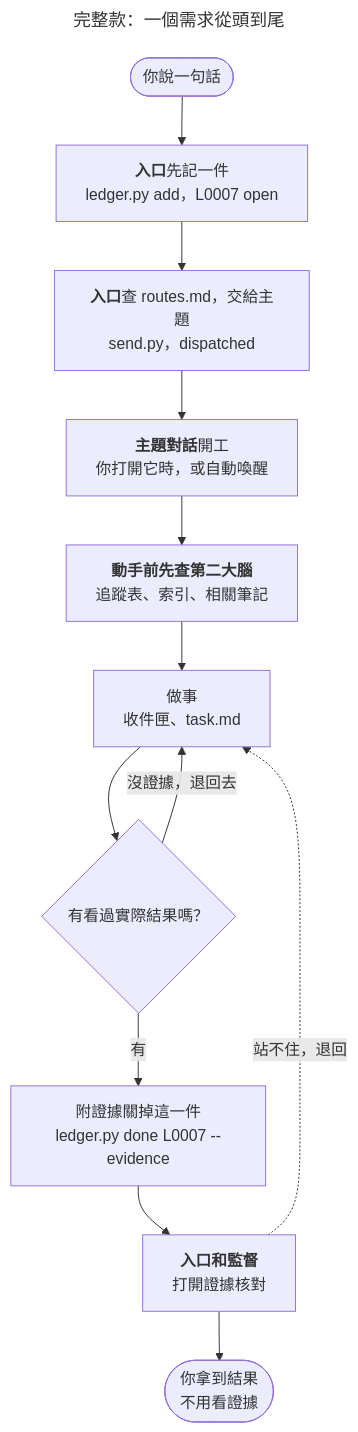
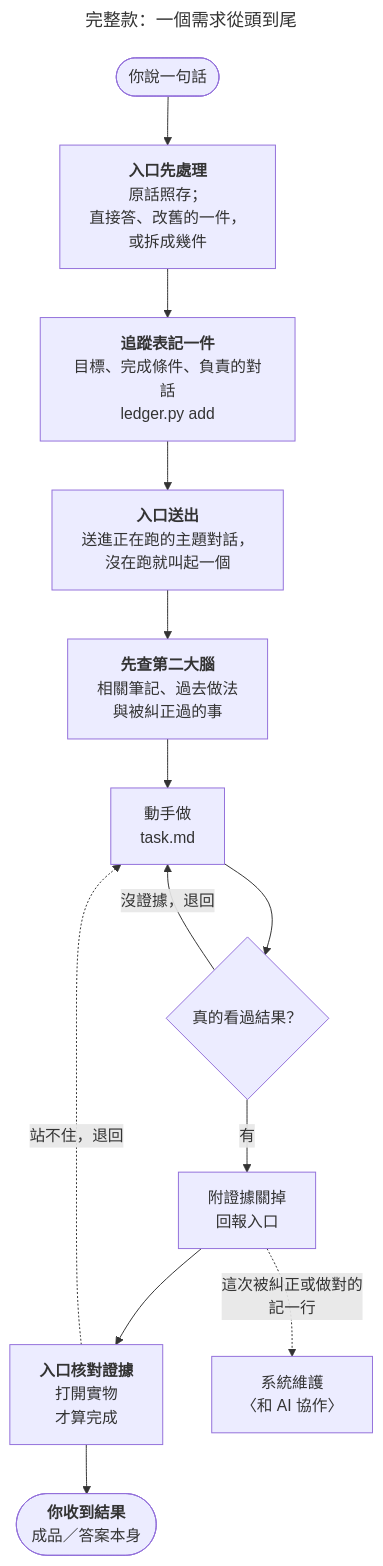
One commit to 0Smallcat0/second-brain-kit changed the second of 6 diagrams in docs/zh-TW/進階功能.md. Above: the diagram before and after it, drawn with Mermaid. The commit also changed other lines of this file and 61 other files, not shown here.

````diff
--- a/docs/zh-TW/進階功能.md
+++ b/docs/zh-TW/進階功能.md
@@ -110,17 +125,18 @@
 ```mermaid
 ---
 title: "完整款：一個需求從頭到尾"
 ---
 flowchart TD
-  A(["你說一句話"]) --> B["<b>入口</b>先記一件<br/>ledger.py add，L0007 open"]
-  B --> C["<b>入口</b>查 routes.md，交給主題<br/>send.py，dispatched"]
-  C --> D["<b>主題對話</b>開工<br/>你打開它時，或自動喚醒"]
-  D --> N["<b>動手前先查第二大腦</b><br/>追蹤表、索引、相關筆記"]
-  N --> W["做事<br/>收件匣、task.md"]
-  W --> E{"有看過實際結果嗎？"}
-  E -->|沒證據，退回去| W
-  E -->|有| F["附證據關掉這一件<br/>ledger.py done L0007 --evidence"]
-  F --> S["<b>入口和監督</b><br/>打開證據核對"]
+  A(["你說一句話"]) --> P["<b>入口先處理</b><br/>原話照存；<br/>直接答、改舊的一件，<br/>或拆成幾件"]
+  P --> B["<b>追蹤表記一件</b><br/>目標、完成條件、負責的對話<br/>ledger.py add"]
+  B --> C["<b>入口送出</b><br/>送進正在跑的主題對話，<br/>沒在跑就叫起一個"]
+  C --> N["<b>先查第二大腦</b><br/>相關筆記、過去做法<br/>與被糾正過的事"]
+  N --> W["動手做<br/>task.md"]
+  W --> E{"真的看過結果？"}
+  E -->|沒證據，退回| W
+  E -->|有| F["附證據關掉<br/>回報入口"]
+  F --> S["<b>入口核對證據</b><br/>打開實物<br/>才算完成"]
   S -.->|站不住，退回| W
-  S --> G(["你拿到結果<br/>不用看證據"])
+  S --> G(["<b>你收到結果</b><br/>成品／答案本身"])
+  F -.->|"這次被糾正或做對的<br/>記一行"| M["系統維護<br/>〈和 AI 協作〉"]
 ```
````
